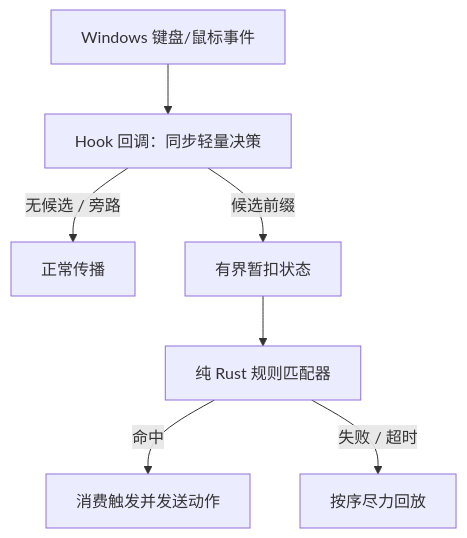
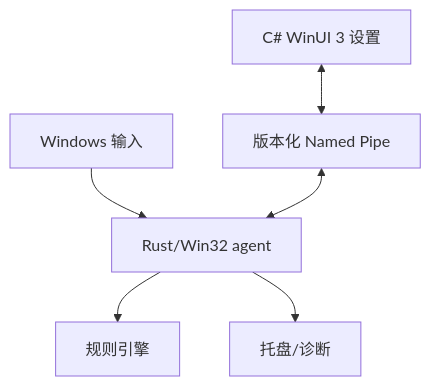
Before and after one commit to for-nobody/input-flow: the diagram in docs/PROJECT_PLAN.md, drawn with Mermaid. The commit also changed other lines of this file and 15 other files, not shown here.

````diff
--- a/docs/PROJECT_PLAN.md
+++ b/docs/PROJECT_PLAN.md
@@ -98,9 +84,8 @@
 ```mermaid
 flowchart TD
-    A["Windows 键盘/鼠标事件"] --> B["Hook 回调：同步轻量决策"]
-    B -->|"无候选 / 旁路"| C["正常传播"]
-    B -->|"候选前缀"| D["有界暂扣状态"]
-    D --> E["纯 Rust 规则匹配器"]
-    E -->|"命中"| F["消费触发并发送动作"]
-    E -->|"失败 / 超时"| G["按序尽力回放"]
+    OS["Windows 输入"] --> Agent["Rust/Win32 agent"]
+    Agent --> Engine["规则引擎"]
+    Agent --> Tray["托盘/诊断"]
+    UI["C# WinUI 3 设置"] <--> Pipe["版本化 Named Pipe"]
+    Pipe <--> Agent
 ```
````
